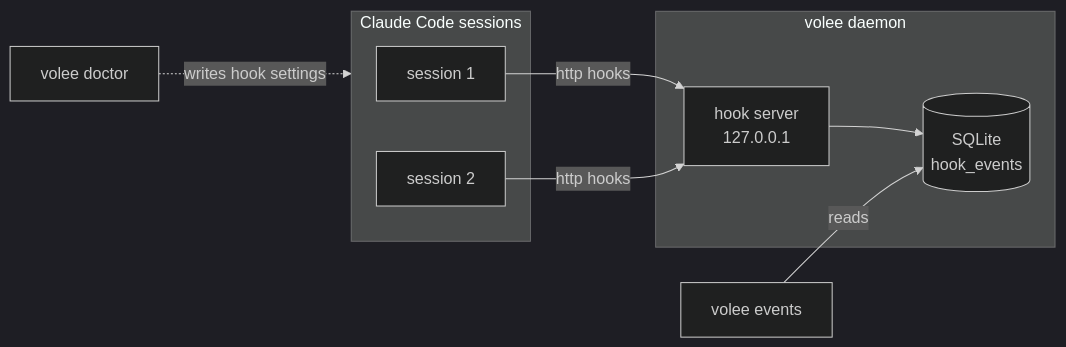
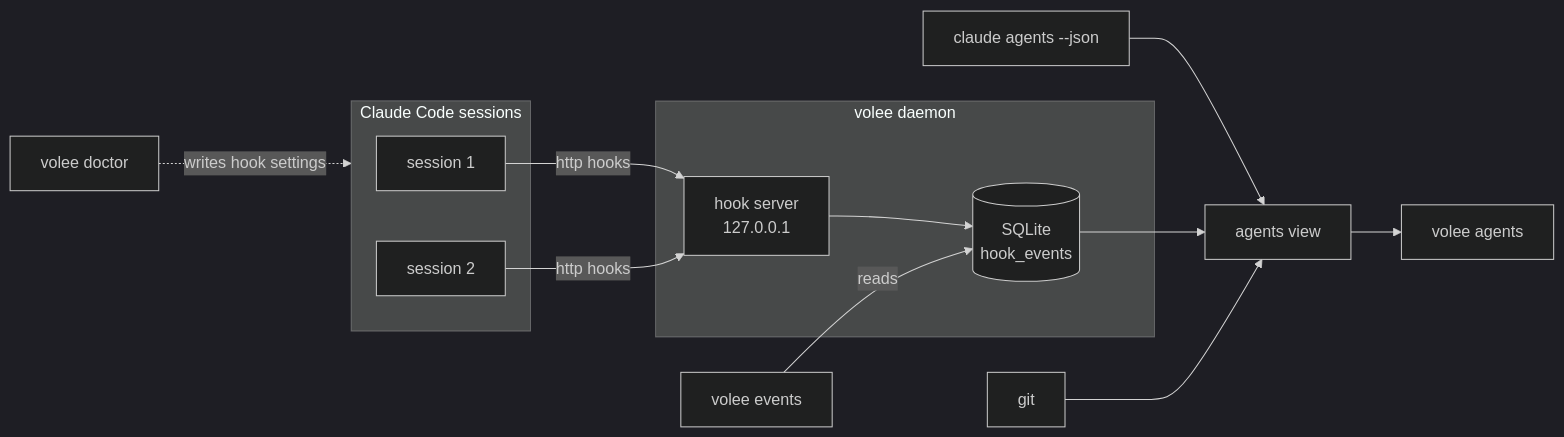
One commit to volee-org/volee changed the diagram in docs/src/architecture/overview.md. Above: the diagram before and after it, drawn with Mermaid (dark theme). The commit also changed other lines of this file and 2 other files, not shown here.

````diff
--- a/docs/src/architecture/overview.md
+++ b/docs/src/architecture/overview.md
@@ -48,18 +48,22 @@
 ```mermaid
 flowchart LR
   subgraph CC[Claude Code sessions]
     A1[session 1]
     A2[session 2]
   end
   subgraph D[volee daemon]
     H[hook server<br/>127.0.0.1]
     DB[(SQLite<br/>hook_events)]
   end
   CLI[volee events]
   DOC[volee doctor]
   A1 -- http hooks --> H
   A2 -- http hooks --> H
   H --> DB
+  P[claude agents --json] --> V[agents view]
+  DB --> V
+  G[git] --> V
+  V --> AG[volee agents]
   CLI -- reads --> DB
   DOC -. writes hook settings .-> CC
 ```
````
